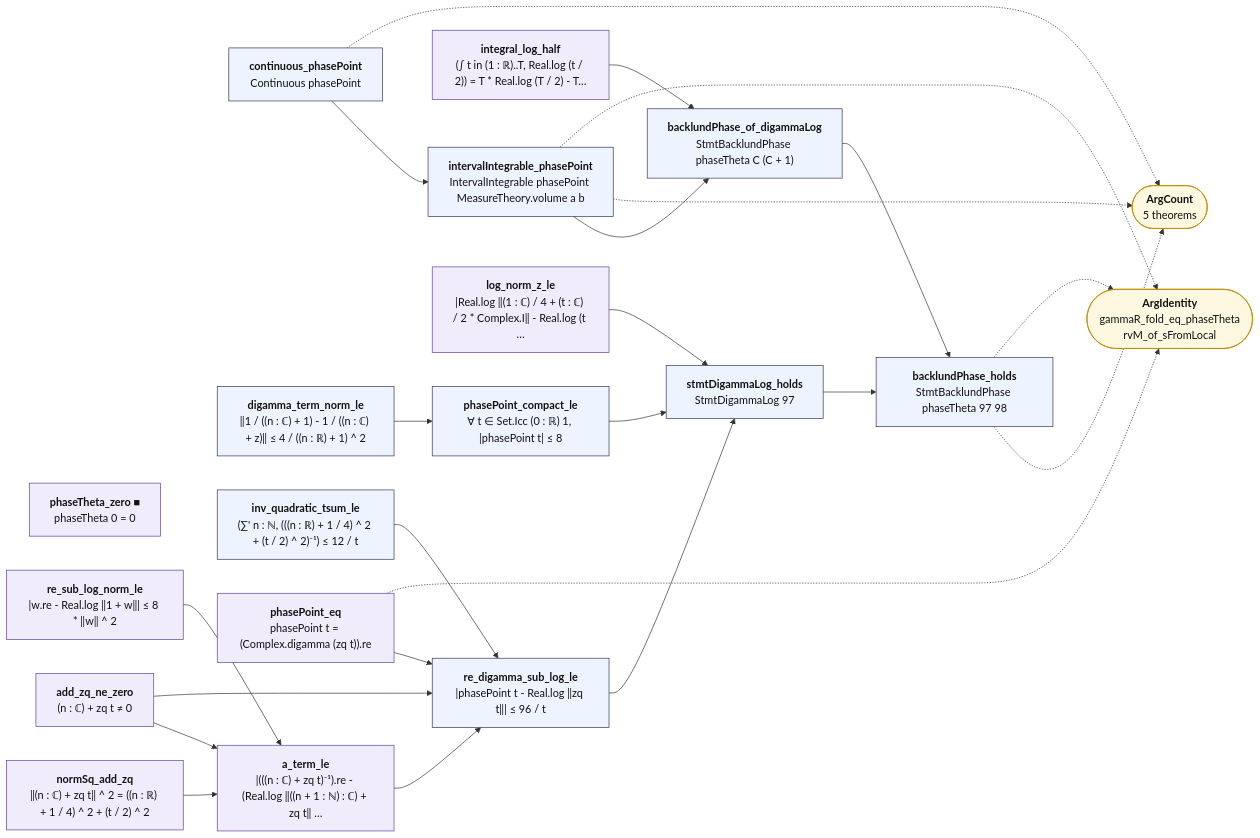
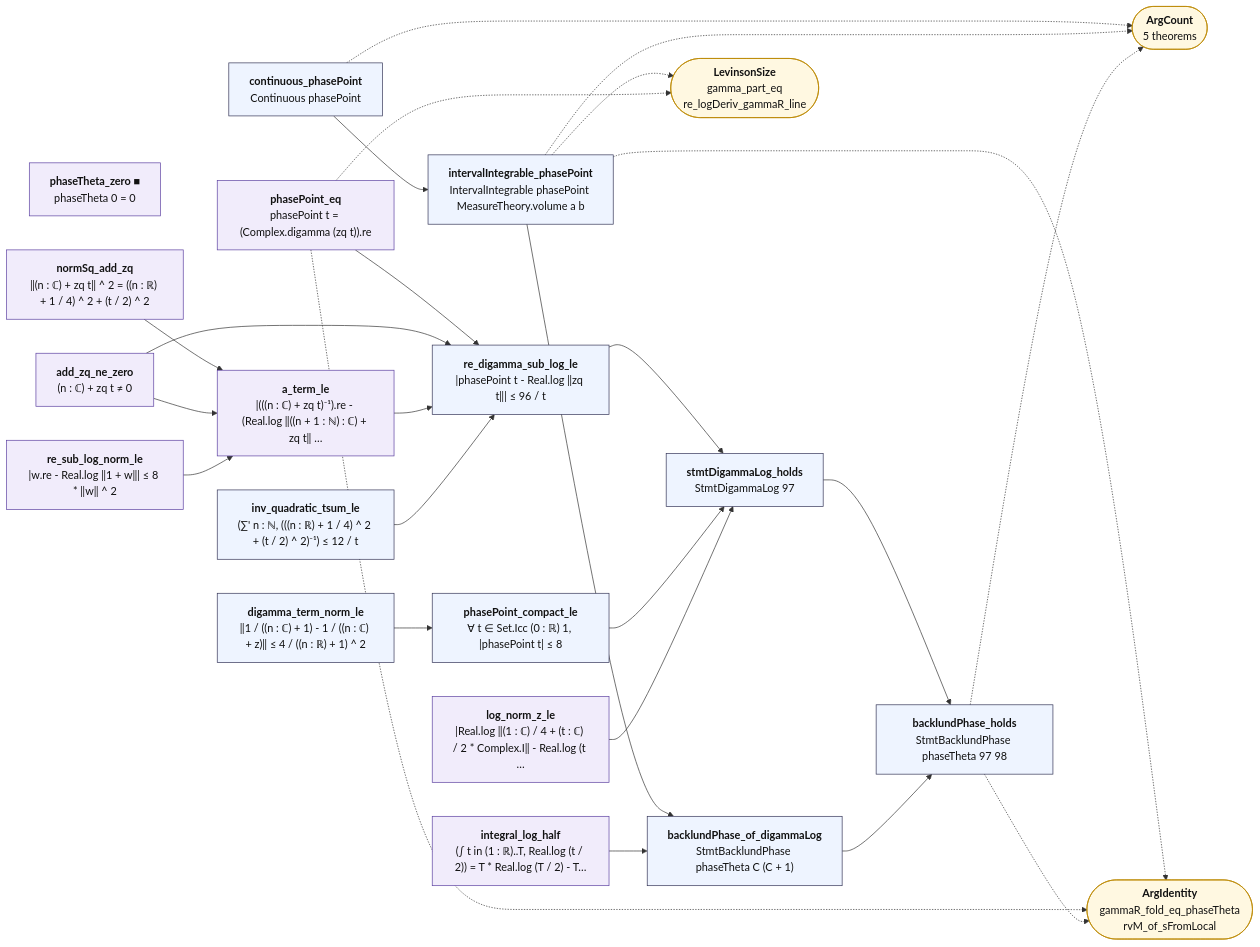
The diagram in map/lean_stage3/Stirling.mmd (juliansambranojr/Primebeat_081426), drawn with Mermaid before and after one commit. The commit also changed 23 other files, not shown here.

```diff
--- a/map/lean_stage3/Stirling.mmd
+++ b/map/lean_stage3/Stirling.mmd
@@ -1,50 +1,53 @@
 flowchart LR
   n0["<b>continuous_phasePoint</b><br/>Continuous phasePoint"]:::thm
   n1["<b>intervalIntegrable_phasePoint</b><br/>IntervalIntegrable phasePoint MeasureTheory.volume a b"]:::thm
   n2["<b>phaseTheta_zero ■</b><br/>phaseTheta 0 = 0"]:::shp
   n3["<b>integral_log_half</b><br/>(∫ t in (1 : ℝ)..T, Real.log (t / 2)) = T * Real.log (T / 2) - T…"]:::shp
   n4["<b>backlundPhase_of_digammaLog</b><br/>StmtBacklundPhase phaseTheta C (C + 1)"]:::thm
   n5["<b>digamma_term_norm_le</b><br/>‖1 / ((n : ℂ) + 1) - 1 / ((n : ℂ) + z)‖ ≤ 4 / ((n : ℝ) + 1) ^ 2"]:::thm
   n6["<b>phasePoint_compact_le</b><br/>∀ t ∈ Set.Icc (0 : ℝ) 1, |phasePoint t| ≤ 8"]:::thm
   n7["<b>log_norm_z_le</b><br/>|Real.log ‖(1 : ℂ) / 4 + (t : ℂ) / 2 * Complex.I‖ - Real.log (t …"]:::shp
   n8["<b>inv_quadratic_tsum_le</b><br/>(∑' n : ℕ, (((n : ℝ) + 1 / 4) ^ 2 + (t / 2) ^ 2)⁻¹) ≤ 12 / t"]:::thm
   n9["<b>re_sub_log_norm_le</b><br/>|w.re - Real.log ‖1 + w‖| ≤ 8 * ‖w‖ ^ 2"]:::shp
   n10["<b>phasePoint_eq</b><br/>phasePoint t = (Complex.digamma (zq t)).re"]:::shp
   n11["<b>normSq_add_zq</b><br/>‖(n : ℂ) + zq t‖ ^ 2 = ((n : ℝ) + 1 / 4) ^ 2 + (t / 2) ^ 2"]:::shp
   n12["<b>add_zq_ne_zero</b><br/>(n : ℂ) + zq t ≠ 0"]:::shp
   n13["<b>a_term_le</b><br/>|(((n : ℂ) + zq t)⁻¹).re - (Real.log ‖((n + 1 : ℕ) : ℂ) + zq t‖ …"]:::shp
   n14["<b>re_digamma_sub_log_le</b><br/>|phasePoint t - Real.log ‖zq t‖| ≤ 96 / t"]:::thm
   n15["<b>stmtDigammaLog_holds</b><br/>StmtDigammaLog 97"]:::thm
   n16["<b>backlundPhase_holds</b><br/>StmtBacklundPhase phaseTheta 97 98"]:::thm
   x0(["<b>ArgCount</b><br/>5 theorems"]):::ext
   x1(["<b>ArgIdentity</b><br/>gammaR_fold_eq_phaseTheta<br/>rvM_of_sFromLocal"]):::ext
+  x2(["<b>LevinsonSize</b><br/>gamma_part_eq<br/>re_logDeriv_gammaR_line"]):::ext
   n0 --> n1
   n1 --> n4
   n10 --> n14
   n11 --> n13
   n12 --> n13
   n12 --> n14
   n13 --> n14
   n14 --> n15
   n15 --> n16
   n3 --> n4
   n4 --> n16
   n5 --> n6
   n6 --> n15
   n7 --> n15
   n8 --> n14
   n9 --> n13
   n0 -.-> x0
   n1 -.-> x0
   n1 -.-> x1
+  n1 -.-> x2
   n10 -.-> x1
+  n10 -.-> x2
   n16 -.-> x0
   n16 -.-> x1
   classDef cnt fill:#dff5ec,stroke:#17694a,color:#111
   classDef shp fill:#f1ecfb,stroke:#5b3fa0,color:#111
   classDef rh fill:#ffe5e5,stroke:#c22,color:#111,stroke-width:2px
   classDef thm fill:#eef4ff,stroke:#335,color:#111
   classDef end_ fill:#e7f7e7,stroke:#2a7,color:#111,stroke-width:2px
   classDef lone fill:#fff,stroke:#999,color:#111,stroke-dasharray:4 3
   classDef bad fill:#ffe5e5,stroke:#c22,color:#111,stroke-width:2px
   classDef ext fill:#fff8e1,stroke:#b80,color:#111
```
